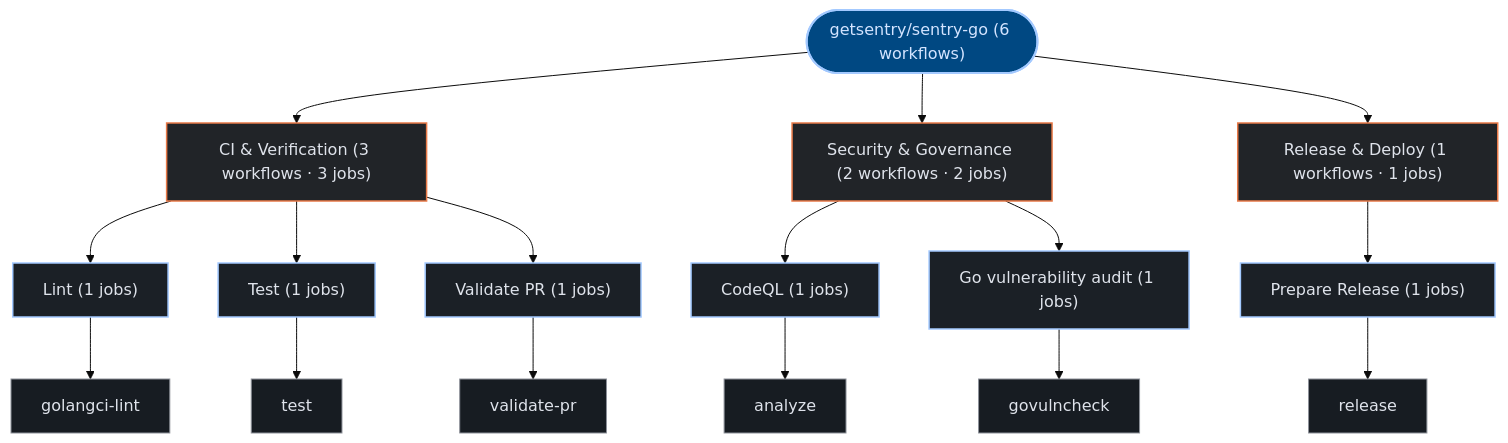
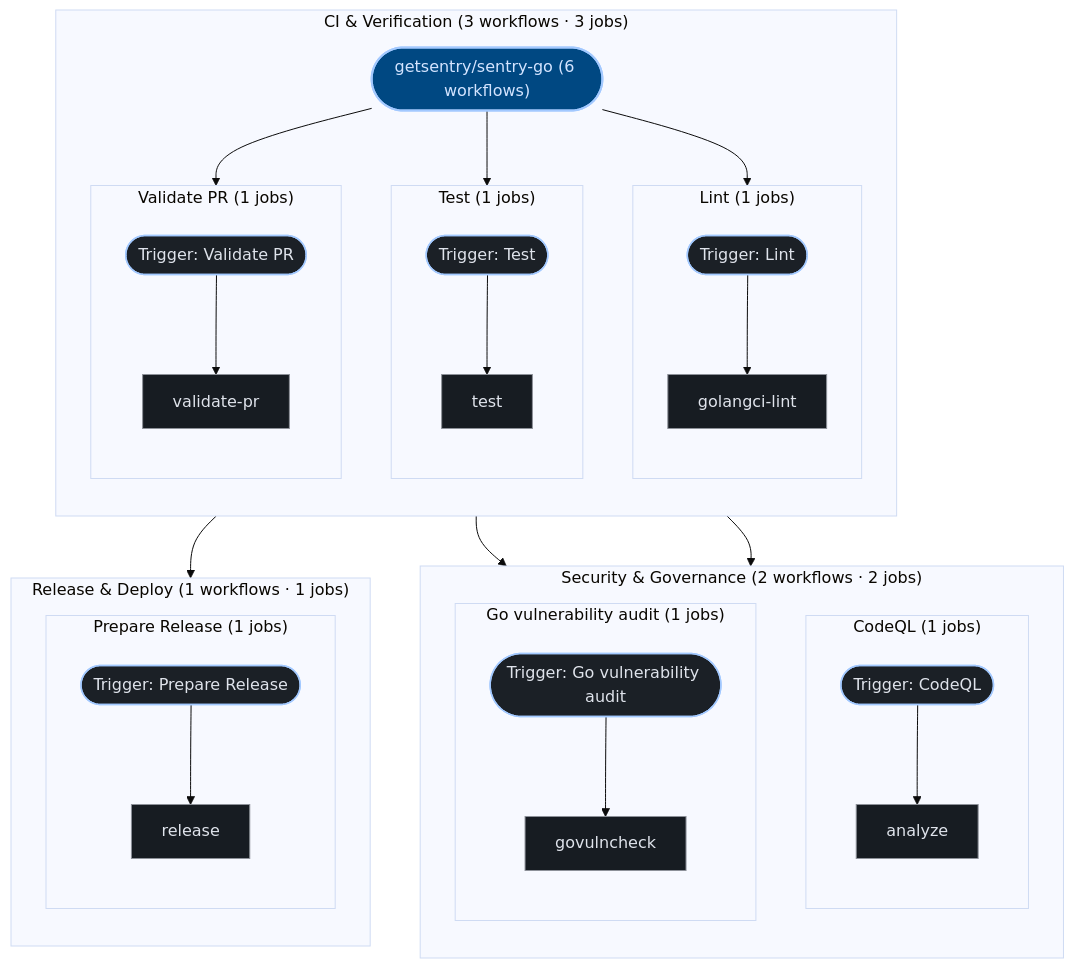
Before and after one commit to kumarshaz/atruss-code-atlas: the third of 3 diagrams in exports/latest/reports/getsentry-sentry-go-report.md, drawn with Mermaid (base theme). The commit also changed 181 other files, not shown here.

````diff
--- a/exports/latest/reports/getsentry-sentry-go-report.md
+++ b/exports/latest/reports/getsentry-sentry-go-report.md
@@ -260,41 +260,62 @@
 ```mermaid
 graph TD;
   classDef atlasRoot fill:#004882,stroke:#a3c9ff,stroke-width:2px,color:#d3e4ff
   classDef atlasCategory fill:#212428,stroke:#E87A48,stroke-width:1.5px,color:#dfe3eb
   classDef atlasWorkflow fill:#1b2026,stroke:#a3c9ff,stroke-width:1.5px,color:#dfe3eb
   classDef atlasJob fill:#171c22,stroke:#8d9199,stroke-width:1px,color:#dfe3eb
   classDef atlasTarget fill:#005227,stroke:#8bd99b,stroke-width:1.5px,color:#a7f6b6
   classDef atlasAlert fill:#93000a,stroke:#ffb4ab,stroke-width:1.5px,color:#ffdad6
   classDef atlasMore fill:#252a31,stroke:#8d9199,stroke-dasharray:4 4,color:#c3c6cf
   pipeline_root(["getsentry/sentry-go (6 workflows)"]):::atlasRoot
-  grp_0_CI___Verification["CI & Verification (3 workflows · 3 jobs)"]:::atlasCategory
-  pipeline_root --> grp_0_CI___Verification
-  wf_2_Lint["Lint (1 jobs)"]:::atlasWorkflow
-  grp_0_CI___Verification --> wf_2_Lint
-  job_2_golangci_lint["golangci-lint"]:::atlasJob
-  wf_2_Lint --> job_2_golangci_lint
-  wf_4_Test["Test (1 jobs)"]:::atlasWorkflow
-  grp_0_CI___Verification --> wf_4_Test
-  job_4_test["test"]:::atlasJob
-  wf_4_Test --> job_4_test
-  wf_5_Validate_PR["Validate PR (1 jobs)"]:::atlasWorkflow
-  grp_0_CI___Verification --> wf_5_Validate_PR
-  job_5_validate_pr["validate-pr"]:::atlasJob
-  wf_5_Validate_PR --> job_5_validate_pr
-  grp_1_Security___Governance["Security & Governance (2 workflows · 2 jobs)"]:::atlasCategory
-  pipeline_root --> grp_1_Security___Governance
-  wf_0_CodeQL["CodeQL (1 jobs)"]:::atlasWorkflow
-  grp_1_Security___Governance --> wf_0_CodeQL
-  job_0_analyze["analyze"]:::atlasJob
-  wf_0_CodeQL --> job_0_analyze
-  wf_1_Go_vulnerability_audit["Go vulnerability audit (1 jobs)"]:::atlasWorkflow
-  grp_1_Security___Governance --> wf_1_Go_vulnerability_audit
-  job_1_govulncheck["govulncheck"]:::atlasJob
-  wf_1_Go_vulnerability_audit --> job_1_govulncheck
-  grp_2_Release___Deploy["Release & Deploy (1 workflows · 1 jobs)"]:::atlasCategory
-  pipeline_root --> grp_2_Release___Deploy
-  wf_3_Prepare_Release["Prepare Release (1 jobs)"]:::atlasWorkflow
-  grp_2_Release___Deploy --> wf_3_Prepare_Release
-  job_3_release["release"]:::atlasJob
-  wf_3_Prepare_Release --> job_3_release
+  subgraph sg_grp_0_CI___Verification["CI & Verification (3 workflows · 3 jobs)"]
+    direction TB
+    subgraph sg_wf_2_Lint["Lint (1 jobs)"]
+      direction TB
+      wf_2_Lint(["Trigger: Lint"]):::atlasWorkflow
+      job_2_golangci_lint["golangci-lint"]:::atlasJob
+      wf_2_Lint --> job_2_golangci_lint
+    end
+    pipeline_root --> wf_2_Lint
+    subgraph sg_wf_4_Test["Test (1 jobs)"]
+      direction TB
+      wf_4_Test(["Trigger: Test"]):::atlasWorkflow
+      job_4_test["test"]:::atlasJob
+      wf_4_Test --> job_4_test
+    end
+    pipeline_root --> wf_4_Test
+    subgraph sg_wf_5_Validate_PR["Validate PR (1 jobs)"]
+      direction TB
+      wf_5_Validate_PR(["Trigger: Validate PR"]):::atlasWorkflow
+      job_5_validate_pr["validate-pr"]:::atlasJob
+      wf_5_Validate_PR --> job_5_validate_pr
+    end
+    pipeline_root --> wf_5_Validate_PR
+  end
+  subgraph sg_grp_1_Security___Governance["Security & Governance (2 workflows · 2 jobs)"]
+    direction TB
+    subgraph sg_wf_0_CodeQL["CodeQL (1 jobs)"]
+      direction TB
+      wf_0_CodeQL(["Trigger: CodeQL"]):::atlasWorkflow
+      job_0_analyze["analyze"]:::atlasJob
+      wf_0_CodeQL --> job_0_analyze
+    end
+    pipeline_root --> wf_0_CodeQL
+    subgraph sg_wf_1_Go_vulnerability_audit["Go vulnerability audit (1 jobs)"]
+      direction TB
+      wf_1_Go_vulnerability_audit(["Trigger: Go vulnerability audit"]):::atlasWorkflow
+      job_1_govulncheck["govulncheck"]:::atlasJob
+      wf_1_Go_vulnerability_audit --> job_1_govulncheck
+    end
+    pipeline_root --> wf_1_Go_vulnerability_audit
+  end
+  subgraph sg_grp_2_Release___Deploy["Release & Deploy (1 workflows · 1 jobs)"]
+    direction TB
+    subgraph sg_wf_3_Prepare_Release["Prepare Release (1 jobs)"]
+      direction TB
+      wf_3_Prepare_Release(["Trigger: Prepare Release"]):::atlasWorkflow
+      job_3_release["release"]:::atlasJob
+      wf_3_Prepare_Release --> job_3_release
+    end
+    pipeline_root --> wf_3_Prepare_Release
+  end
 ```
````
